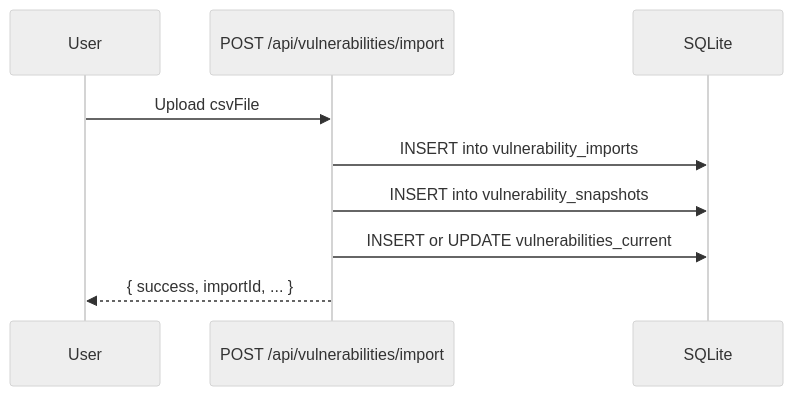
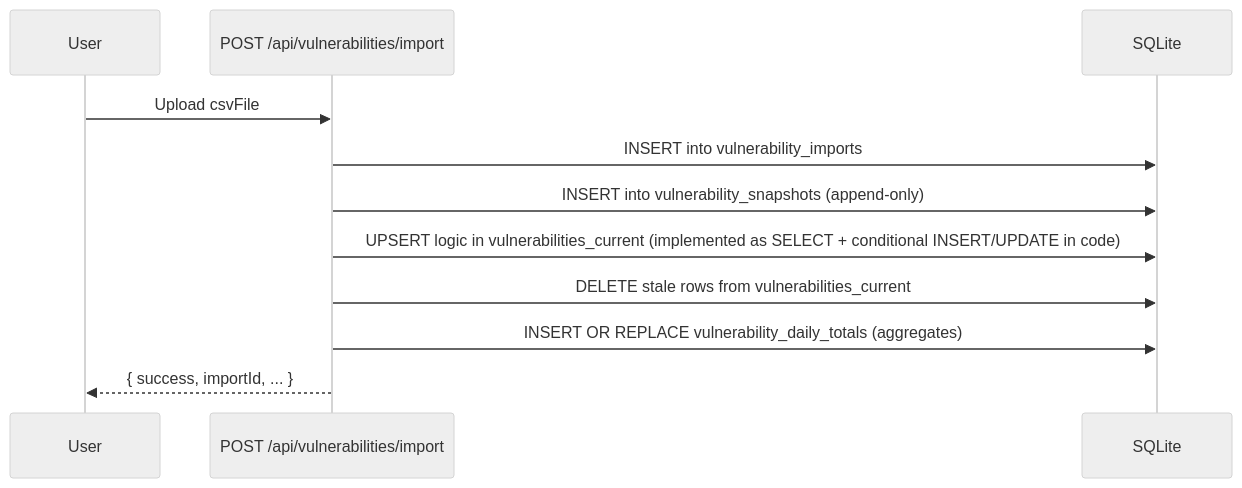
Before and after one commit to lbruton/HexTrackr: the second of 3 diagrams in docs-source/architecture/database.md, drawn with Mermaid (neutral theme). The commit also changed other lines of this file and 139 other files, not shown here.

````diff
--- a/docs-source/architecture/database.md
+++ b/docs-source/architecture/database.md
@@ -75,12 +104,14 @@
 ```mermaid
 sequenceDiagram
     participant User
     participant API as POST /api/vulnerabilities/import
     participant DB as SQLite
 
     User->>API: Upload csvFile
     API->>DB: INSERT into vulnerability_imports
-    API->>DB: INSERT into vulnerability_snapshots
-    API->>DB: INSERT or UPDATE vulnerabilities_current
+    API->>DB: INSERT into vulnerability_snapshots (append-only)
+    API->>DB: UPSERT logic in vulnerabilities_current (implemented as SELECT + conditional INSERT/UPDATE in code)
+    API->>DB: DELETE stale rows from vulnerabilities_current
+    API->>DB: INSERT OR REPLACE vulnerability_daily_totals (aggregates)
     API-->>User: { success, importId, ... }
 ```
````
